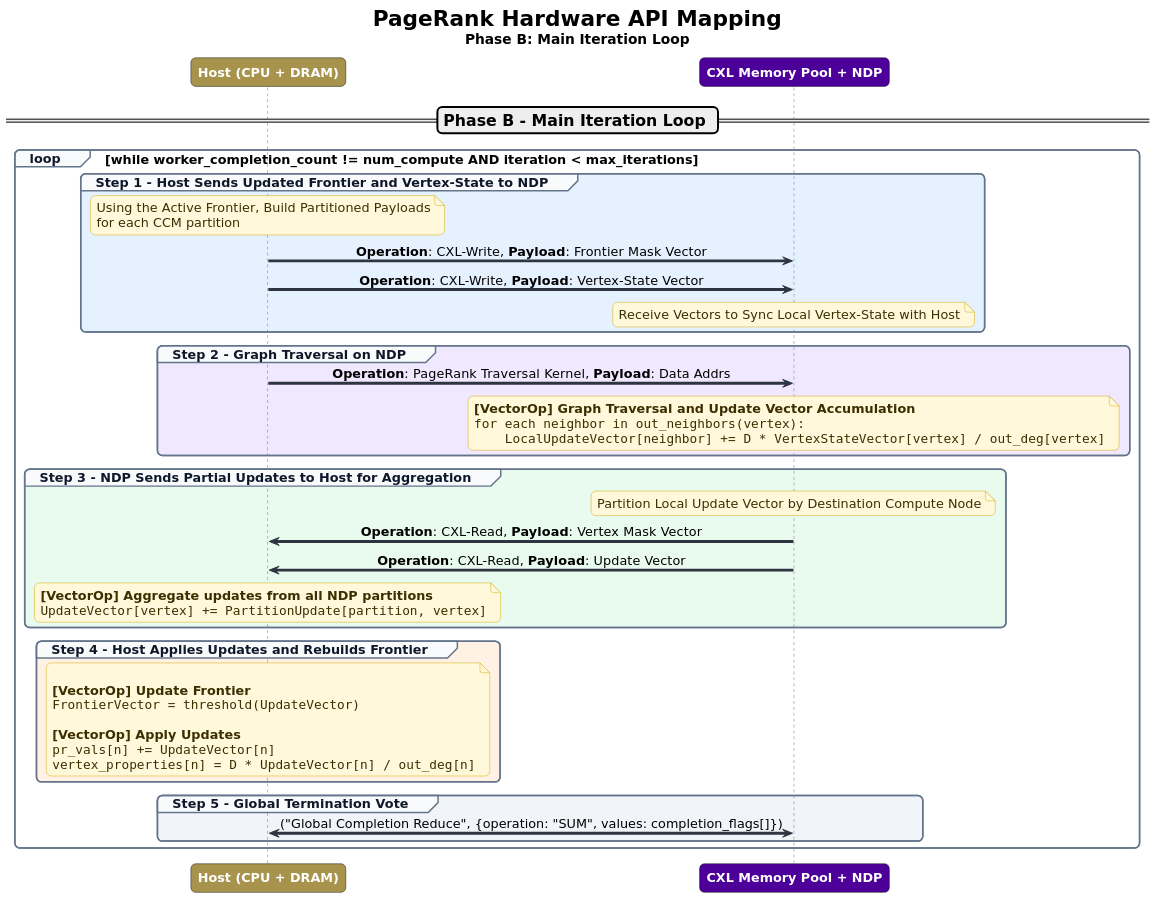
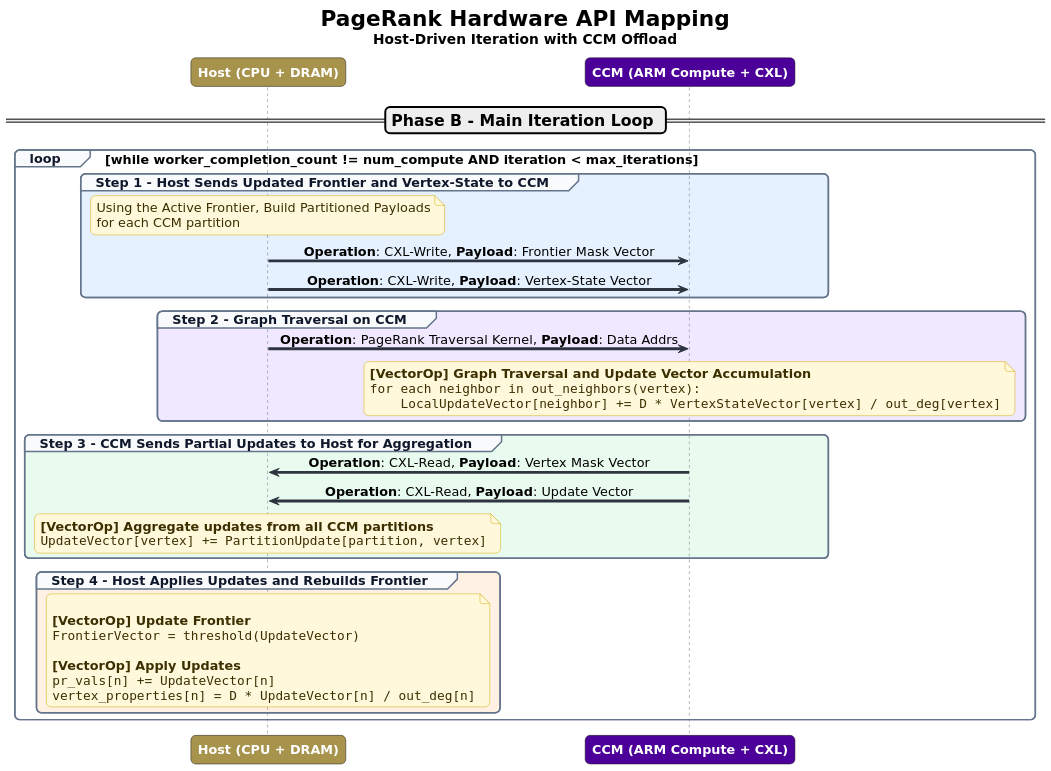
The diagram in PUML-docs/pagerank_phase_b_iteration.puml (Kadle11/Grudon), drawn with PlantUML before and after one commit. The commit also changed 3 other files, not shown here.

Commit message:
Update PageRank API Mapping titles and participant descriptions; add generated PNG files

```diff
--- a/PUML-docs/pagerank_phase_b_iteration.puml
+++ b/PUML-docs/pagerank_phase_b_iteration.puml
@@ -1,104 +1,94 @@
 @startuml
 ' PageRank Phase B - Main Iteration Loop
 
-title <size:22><b>PageRank Hardware API Mapping</b></size>\n<size:14>Phase B: Main Iteration Loop</size>
+title <size:22><b>PageRank Hardware API Mapping</b></size>\n<size:14>Host-Driven Iteration with CCM Offload</size>
 
 skinparam sequenceMessageAlign center
 skinparam responseMessageBelowArrow true
 skinparam shadowing false
 skinparam dpi 160
 skinparam defaultFontName "DejaVu Sans"
 skinparam defaultFontSize 13
 skinparam ArrowThickness 3
 skinparam ArrowColor #2E3440
 skinparam ParticipantPadding 24
 skinparam BoxPadding 10
 skinparam RoundCorner 10
 
 skinparam sequence {
   LifeLineBorderColor #6B7280
   LifeLineBackgroundColor #F8FAFC
   GroupBorderColor #64748B
   GroupBackgroundColor #F8FAFC
   GroupHeaderFontColor #0F172A
   GroupHeaderBackgroundColor #E2E8F0
   MessageAlign center
 }
 
 skinparam note {
   BackgroundColor #FFF8DB
   BorderColor #D1A800
   FontColor #3B2F00
 }
 
 participant "**<color:white>Host (CPU + DRAM)</color>**" as H #A7934B
-participant "**<color:white>CXL Memory Pool + NDP</color>**" as N #4C0099
+participant "**<color:white>CCM (ARM Compute + CXL)</color>**" as N #4C0099
 
 == <size:16><b>Phase B - Main Iteration Loop</b></size> ==
 loop while worker_completion_count != num_compute AND iteration < max_iterations
 
-  group #E6F1FF Step 1 - Host Sends Updated Frontier and Vertex-State to NDP
+  group #E6F1FF Step 1 - Host Sends Updated Frontier and Vertex-State to CCM
   note over H
     Using the Active Frontier, Build Partitioned Payloads
     for each CCM partition
   end note
 
   H -> N : **Operation**: CXL-Write, **Payload**: Frontier Mask Vector
   H -> N : **Operation**: CXL-Write, **Payload**: Vertex-State Vector
-  note over N
-    Receive Vectors to Sync Local Vertex-State with Host
-  end note
   end
 
-  group #F0E8FF Step 2 - Graph Traversal on NDP
+  group #F0E8FF Step 2 - Graph Traversal on CCM
 
   H -> N : **Operation**: PageRank Traversal Kernel, **Payload**: Data Addrs
   note over N
     <b>[VectorOp] Graph Traversal and Update Vector Accumulation</b>
     <code>
     for each neighbor in out_neighbors(vertex):
         LocalUpdateVector[neighbor] += D * VertexStateVector[vertex] / out_deg[vertex]
     </code>
   end note
   end
 
-  group #E9FBEF Step 3 - NDP Sends Partial Updates to Host for Aggregation
-  note over N
-    Partition Local Update Vector by Destination Compute Node
-  end note
+  group #E9FBEF Step 3 - CCM Sends Partial Updates to Host for Aggregation
 
   N -> H : **Operation**: CXL-Read, **Payload**: Vertex Mask Vector 
   N -> H : **Operation**: CXL-Read, **Payload**: Update Vector 
 
   note over H
-    <b>[VectorOp] Aggregate updates from all NDP partitions </b>
+    <b>[VectorOp] Aggregate updates from all CCM partitions </b>
     <code>
     UpdateVector[vertex] += PartitionUpdate[partition, vertex]
     </code>
   end note
   end
 
   group #FFF2E5 Step 4 - Host Applies Updates and Rebuilds Frontier
 
   note over H
 
     <b>[VectorOp] Update Frontier</b>
     <code>
     FrontierVector = threshold(UpdateVector)
     </code>
 
     <b>[VectorOp] Apply Updates </b>
     <code>
     pr_vals[n] += UpdateVector[n]
     vertex_properties[n] = D * UpdateVector[n] / out_deg[n]
     </code>
   end note
   end
-  
-  group #F1F5F9 Step 5 - Global Termination Vote
-  H <-> N : ("Global Completion Reduce", {operation: "SUM", values: completion_flags[]})
-  end
 
 end
 
 @enduml
```
